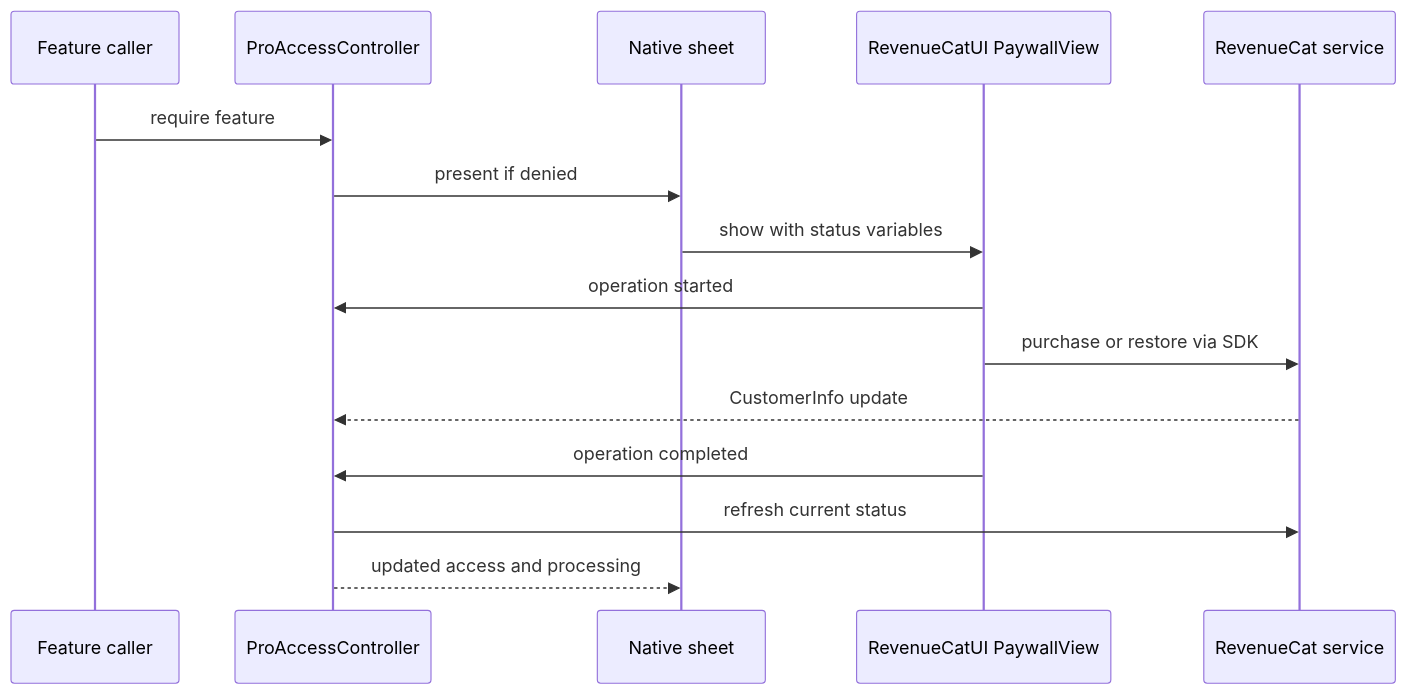
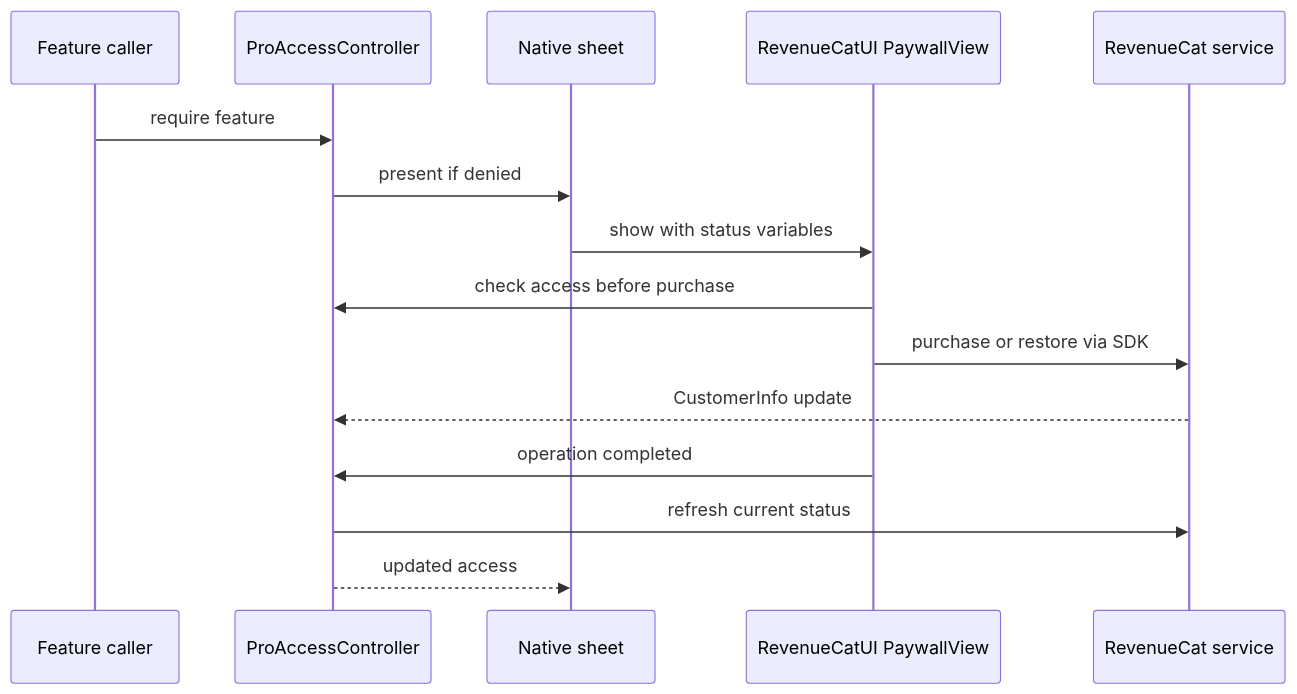
The third of 6 diagrams in openwiki/concepts/commerce-localization-and-product-surfaces.md (AkinoKaede/Termind), drawn with Mermaid before and after one commit. The commit also changed other lines of this file and 63 other files, not shown here.

````diff
--- a/openwiki/concepts/commerce-localization-and-product-surfaces.md
+++ b/openwiki/concepts/commerce-localization-and-product-surfaces.md
@@ -210,17 +210,17 @@
 ```mermaid
 sequenceDiagram
     participant Gate as Feature caller
     participant Controller as ProAccessController
     participant Native as Native sheet
     participant UI as RevenueCatUI PaywallView
     participant Service as RevenueCat service
     Gate->>Controller: require feature
     Controller->>Native: present if denied
     Native->>UI: show with status variables
-    UI->>Controller: operation started
+    UI->>Controller: check access before purchase
     UI->>Service: purchase or restore via SDK
     Service-->>Controller: CustomerInfo update
     UI->>Controller: operation completed
     Controller->>Service: refresh current status
-    Controller-->>Native: updated access and processing
+    Controller-->>Native: updated access
 ```
````
